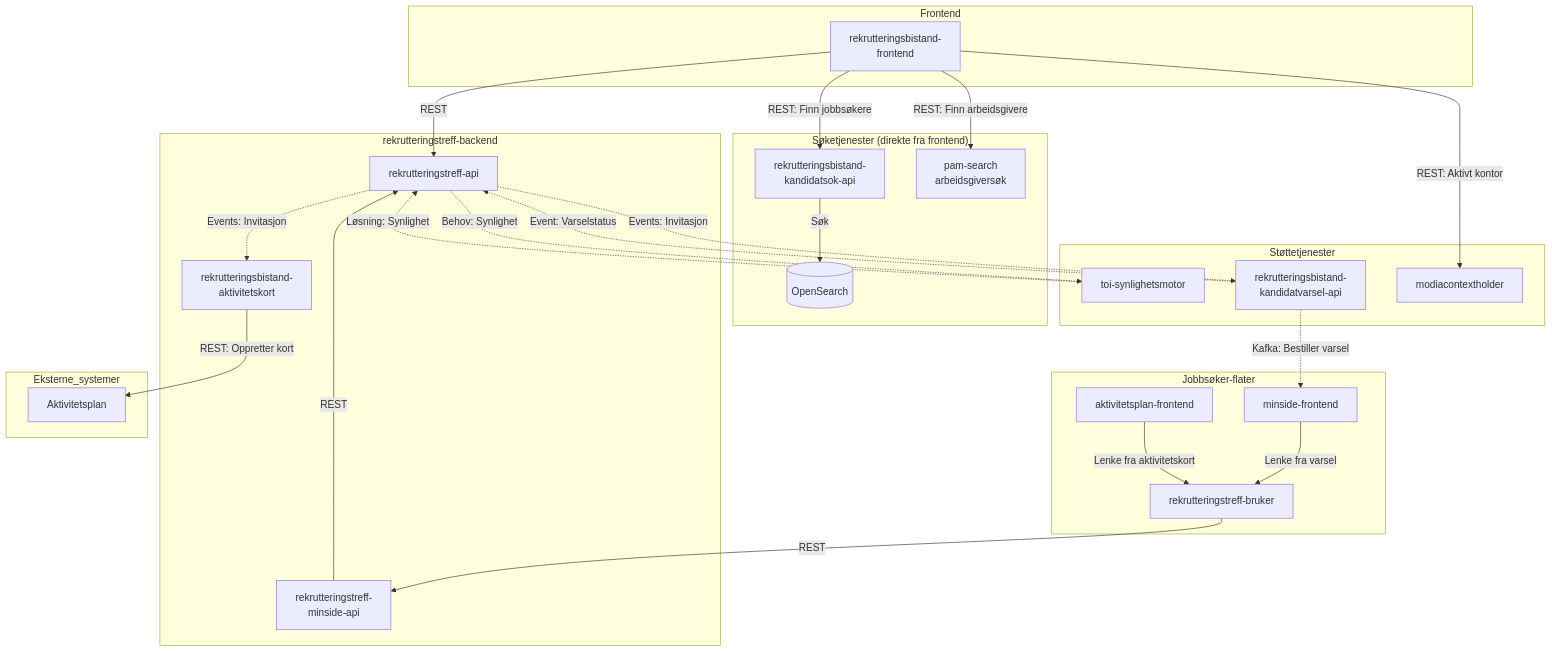
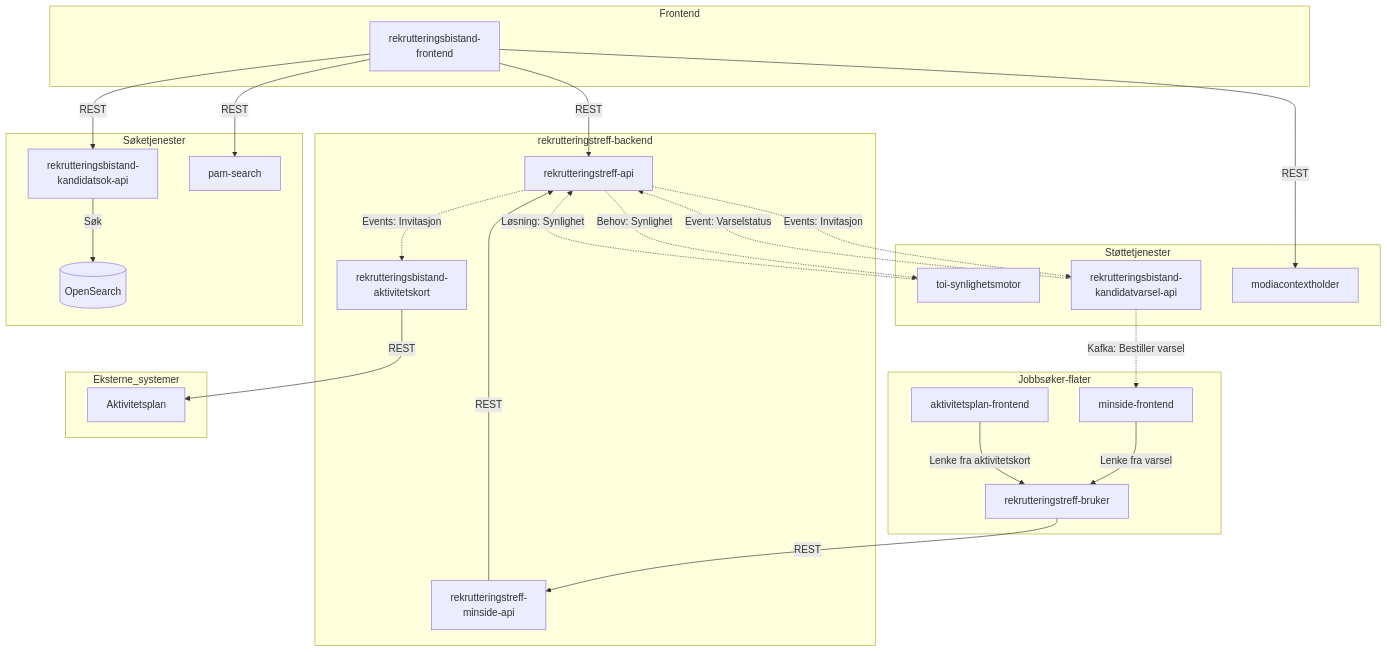
The diagram in docs/1-oversikt/oversikt.md (navikt/rekrutteringstreff-backend), drawn with Mermaid before and after one commit.

Commit message:
Oppdater systemdkumentasjon basert på ros

````diff
--- a/docs/1-oversikt/oversikt.md
+++ b/docs/1-oversikt/oversikt.md
@@ -17,57 +17,63 @@
 ```mermaid
 graph TD
     subgraph Frontend
         RBF[rekrutteringsbistand-<br/>frontend]
-    end
-
-    subgraph "Jobbsøker-flater"
-        RTB[rekrutteringstreff-bruker]
-        MINSIDE_FE[minside-frontend]
-        AKTIVITET_FE[aktivitetsplan-frontend]
     end
 
     subgraph "rekrutteringstreff-backend"
         API[rekrutteringstreff-api]
         MINSIDE_API[rekrutteringstreff-<br/>minside-api]
         AK[rekrutteringsbistand-<br/>aktivitetskort]
     end
 
-    subgraph "Søketjenester (direkte fra frontend)"
-        KSOK[rekrutteringsbistand-<br/>kandidatsok-api]
-        OS[(OpenSearch)]
-        PAM[pam-search<br/>arbeidsgiversøk]
-    end
-
     subgraph Støttetjenester
         SYN[toi-synlighetsmotor]
         VARSEL[rekrutteringsbistand-<br/>kandidatvarsel-api]
         MODIA[modiacontextholder]
     end
 
+    subgraph Søketjenester
+        KSOK[rekrutteringsbistand-<br/>kandidatsok-api]
+        OS[(OpenSearch)]
+        PAM[pam-search]
+    end
+
+    subgraph "Jobbsøker-flater"
+        AKTIVITET_FE[aktivitetsplan-frontend]
+        MINSIDE_FE[minside-frontend]
+        RTB[rekrutteringstreff-bruker]
+    end
+
     subgraph Eksterne_systemer
         AKTIVITET[Aktivitetsplan]
     end
 
-    %% Kommunikasjon (REST)
+    %% Frontend til backend
     RBF -->|REST| API
-    RBF -->|REST: Finn jobbsøkere| KSOK
-    RBF -->|REST: Finn arbeidsgivere| PAM
-    RBF -->|REST: Aktivt kontor| MODIA
+
+    %% Frontend til søketjenester
+    RBF -->|REST| KSOK
+    RBF -->|REST| PAM
     KSOK -->|Søk| OS
+
+    %% Frontend til støttetjenester
+    RBF -->|REST| MODIA
+
+    %% Jobbsøker-flyt
     RTB -->|REST| MINSIDE_API
     MINSIDE_API -->|REST| API
-    AK -->|REST: Oppretter kort| AKTIVITET
+    AK -->|REST| AKTIVITET
 
     %% Jobbsøker-innganger
     MINSIDE_FE -->|Lenke fra varsel| RTB
     AKTIVITET_FE -->|Lenke fra aktivitetskort| RTB
 
     %% Kafka-flyt (Rapids & Rivers)
     API -.->|Events: Invitasjon| AK
     API -.->|Events: Invitasjon| VARSEL
     API -.->|Behov: Synlighet| SYN
     VARSEL -.->|Kafka: Bestiller varsel| MINSIDE_FE
 
     SYN -.->|Løsning: Synlighet| API
     VARSEL -.->|Event: Varselstatus| API
 ```
````
